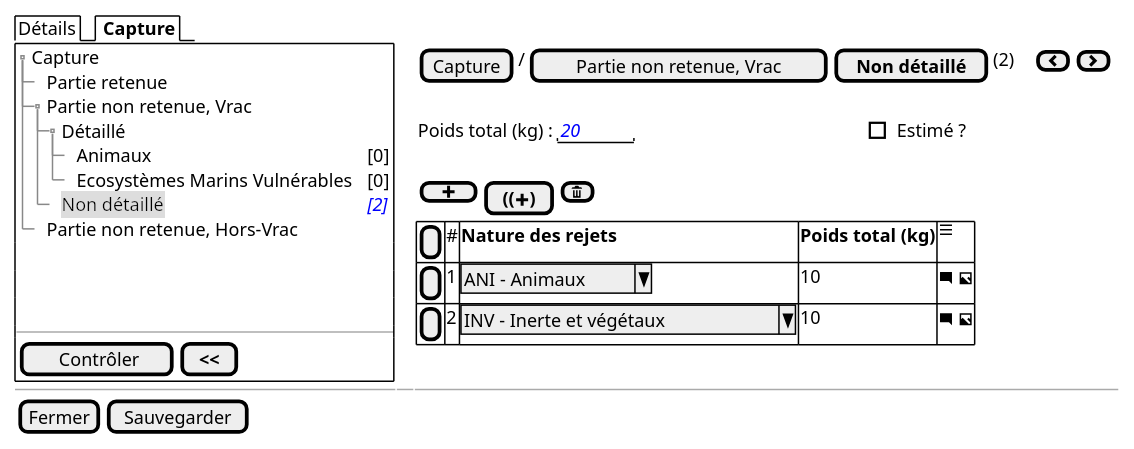
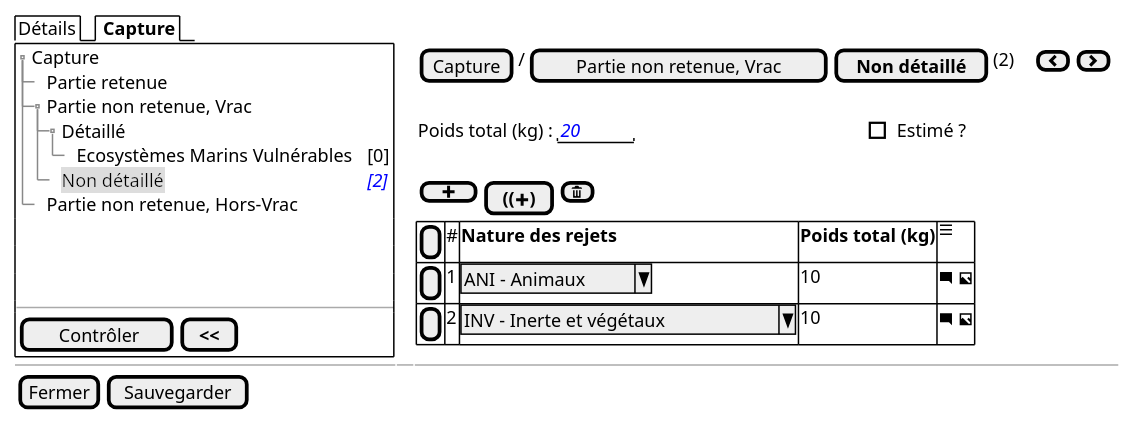
The diagram in projects/obsmer/spe/images/batch/batch-tree-PNR-VRAC-NDETAIL.puml (sumaris-net/sumaris-doc), drawn with PlantUML before and after one commit. The commit also changed 12 other files, not shown here.

```diff
--- a/projects/obsmer/spe/images/batch/batch-tree-PNR-VRAC-NDETAIL.puml
+++ b/projects/obsmer/spe/images/batch/batch-tree-PNR-VRAC-NDETAIL.puml
@@ -1,38 +1,37 @@
 @startsalt
 {
   {/ Détails | <b> Capture }
   {+
    {T
        + Capture
        ++ Partie retenue
        ++ Partie non retenue, Vrac
        +++ Détaillé
-       ++++ Animaux | <color:black>[0]
        ++++ Ecosystèmes Marins Vulnérables | <color:black>[0]
        +++ <back:#DDD>Non détaillé | <i><color:blue>[2]
        ++ Partie non retenue, Hors-Vrac
    }
     .
     .
     .
    --
    {
       [<&checkmark> Contrôler] | [ <b><< ]
    }
   } | . | {
     { [Capture] | / | [Partie non retenue, Vrac] | [<b>Non détaillé] | (2) | . | . | { [<&chevron-left>] | [<&chevron-right>] } }
            .
            {Poids total (kg) : | "  <i><color:blue>20  " | . | . | . | . | . | . | . | . | . | . | . | . | . | . | . | . | . | . | . | . | . | . | . | . | . | . | . | . | . | [ ] Estimé ? }
            .
         { [ <&plus> ] | [<b>((<&plus><b>)] | [<&trash>] }
         {#
             [ ] | # | <b>Nature des rejets  | <b>Poids total (kg)     |  <&menu>
             [ ] | 1 | ^ ANI - Animaux^         | 10 |  <&comment-square> <&image>
             [ ] | 2 | ^ INV - Inerte et végétaux ^        |  10 |  <&comment-square> <&image>
           }
     }
 
   -- | -- | --
   { [Fermer] | [Sauvegarder] }
 }
 @endsalt
```
